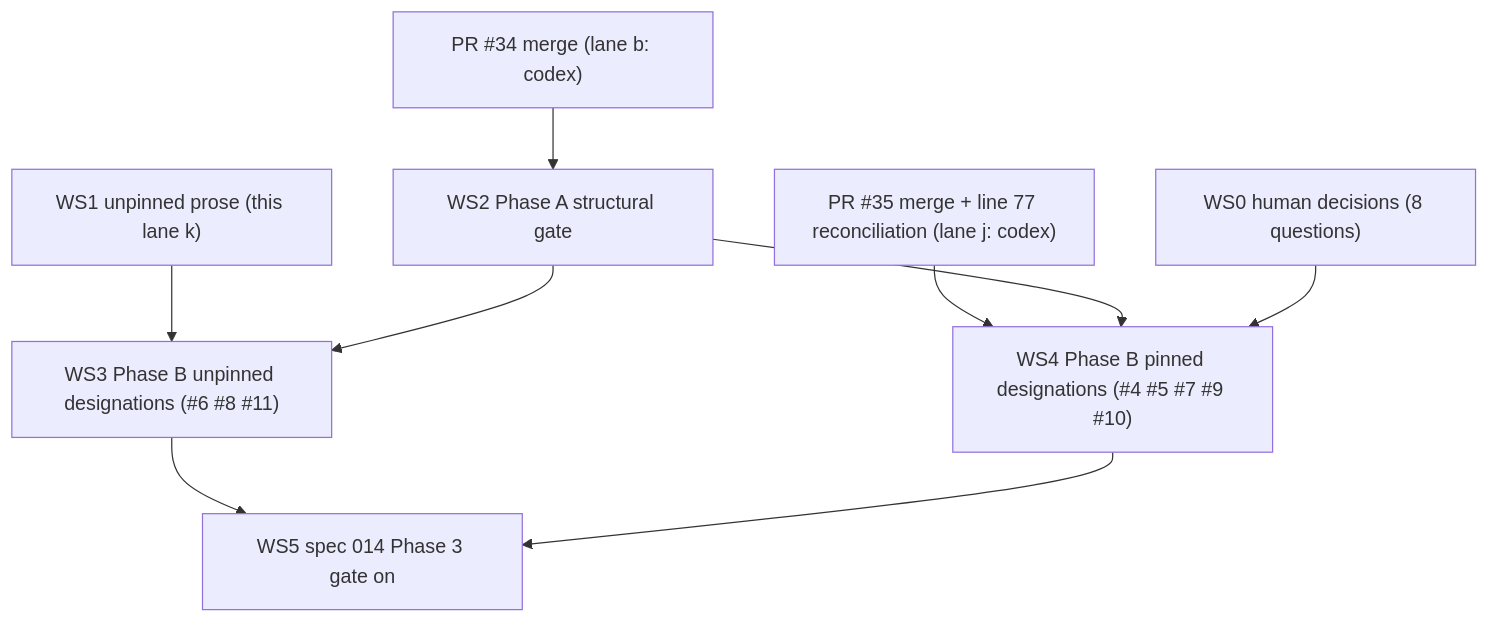
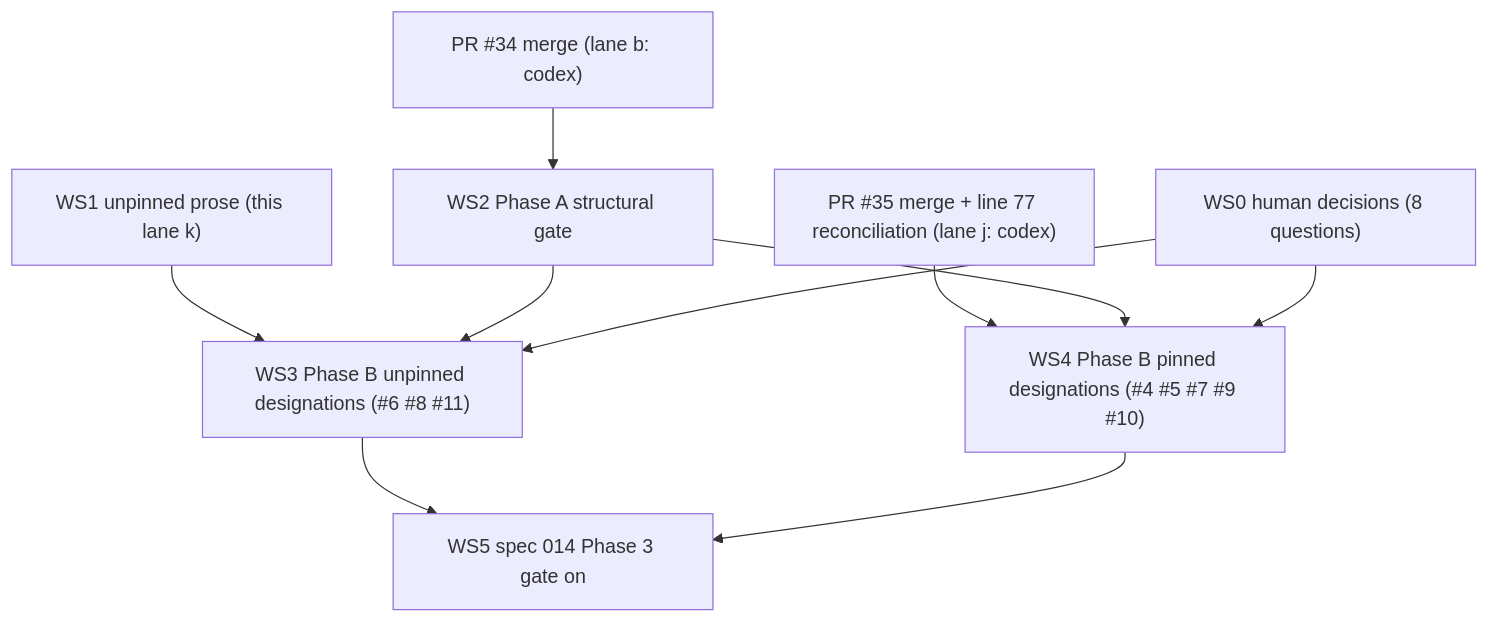
The diagram in specs/016-lane-transition-contract-implementation-plan.md (codeslp/btrain), drawn with Mermaid before and after one commit. The commit also changed other lines of this file and 1 other file, not shown here.

First line of the commit message:
Spec 016: route Q7 to WS3 and refresh the dependency diagram

````diff
--- a/specs/016-lane-transition-contract-implementation-plan.md
+++ b/specs/016-lane-transition-contract-implementation-plan.md
@@ -104,11 +104,12 @@
 ```mermaid
 flowchart TD
     PR34["PR #34 merge (lane b: codex)"] --> WS2["WS2 Phase A structural gate"]
     PR35["PR #35 merge + line 77 reconciliation (lane j: codex)"] --> WS4["WS4 Phase B pinned designations (#4 #5 #7 #9 #10)"]
     WS1["WS1 unpinned prose (this lane k)"] --> WS3["WS3 Phase B unpinned designations (#6 #8 #11)"]
     WS2 --> WS3
     WS2 --> WS4
-    WS0["WS0 human decisions (8 questions)"] --> WS4
+    WS0["WS0 human decisions (8 questions)"] --> WS3
+    WS0 --> WS4
     WS3 --> WS5["WS5 spec 014 Phase 3 gate on"]
     WS4 --> WS5
 ```
````
